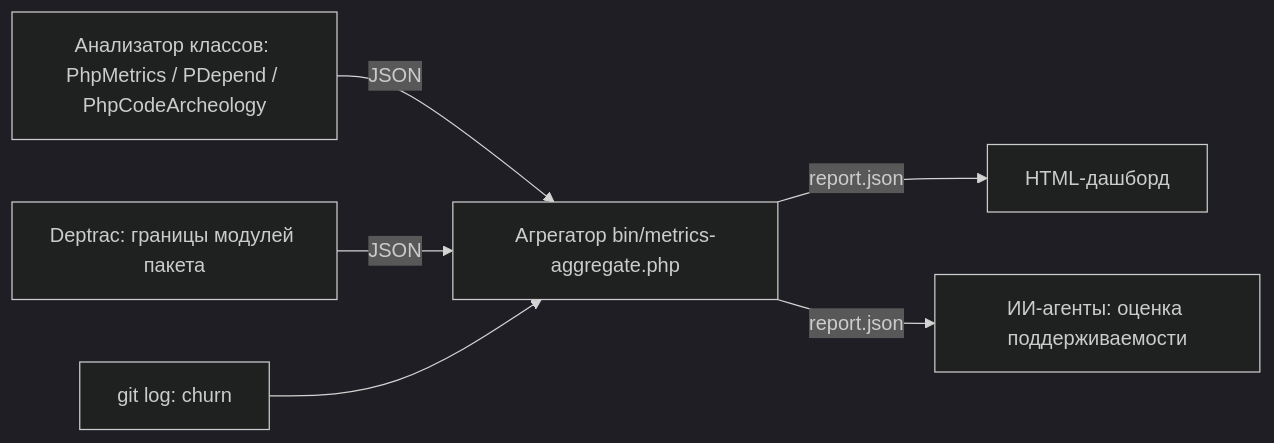
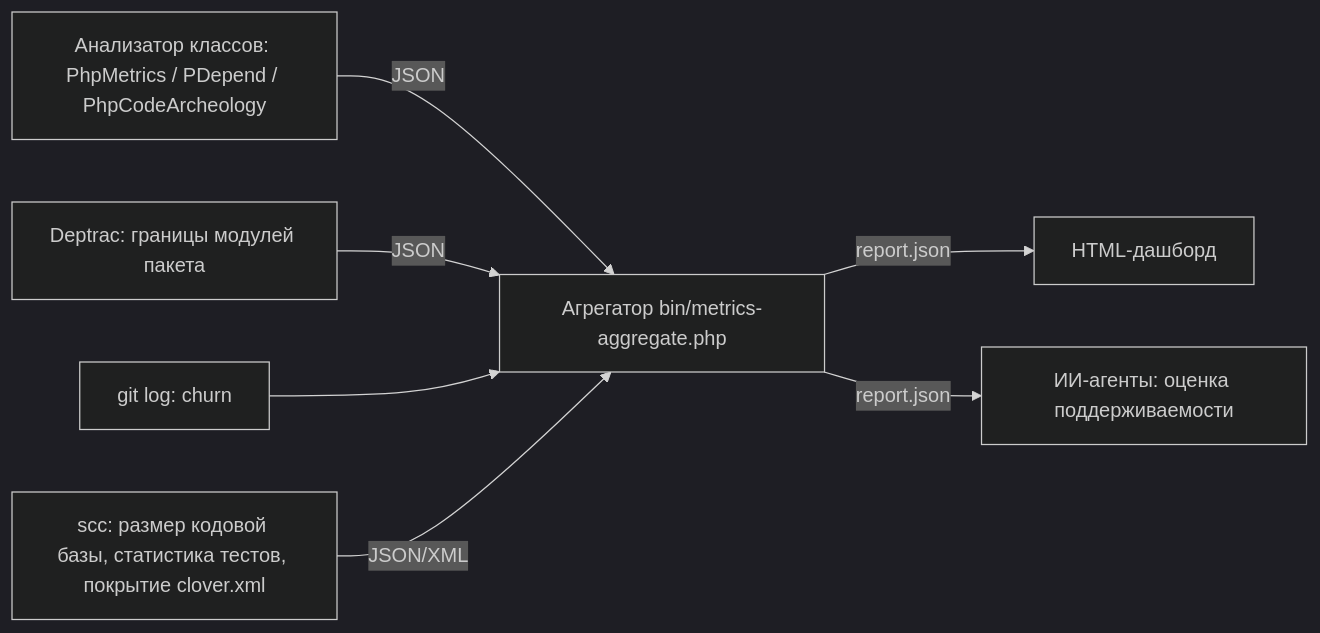
The diagram in todo/EPIC-metrics-ai-maintainability.todo.md (prikotov/coding-standard), drawn with Mermaid (dark theme) before and after one commit. The commit also changed other lines of this file and 2 other files, not shown here.

Commit message:
docs(todo): задача метрики размера кодовой базы (scc), статистики тестов и покрытия (#83)

````diff
--- a/todo/EPIC-metrics-ai-maintainability.todo.md
+++ b/todo/EPIC-metrics-ai-maintainability.todo.md
@@ -87,8 +89,9 @@
 ```mermaid
 flowchart LR
     A[Анализатор классов: PhpMetrics / PDepend / PhpCodeArcheology] -->|JSON| D
     B[Deptrac: границы модулей пакета] -->|JSON| D
     C[git log: churn] --> D
+    S[scc: размер кодовой базы, статистика тестов, покрытие clover.xml] -->|JSON/XML| D
     D[Агрегатор bin/metrics-aggregate.php] -->|report.json| E[HTML-дашборд]
     D -->|report.json| F[ИИ-агенты: оценка поддерживаемости]
 ```
````
